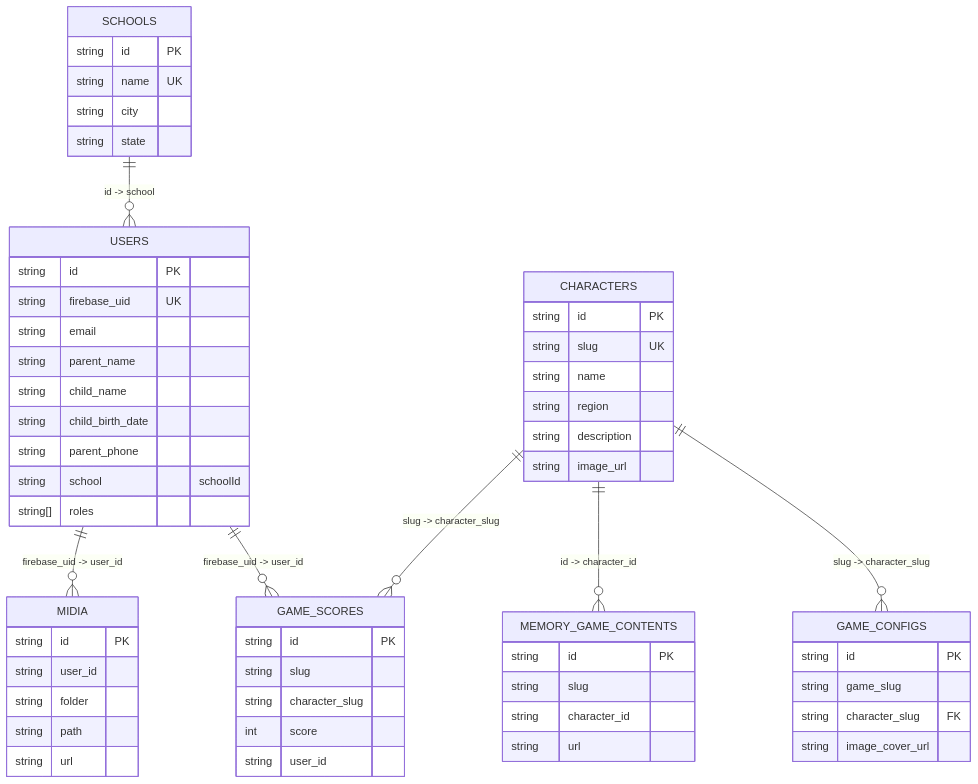
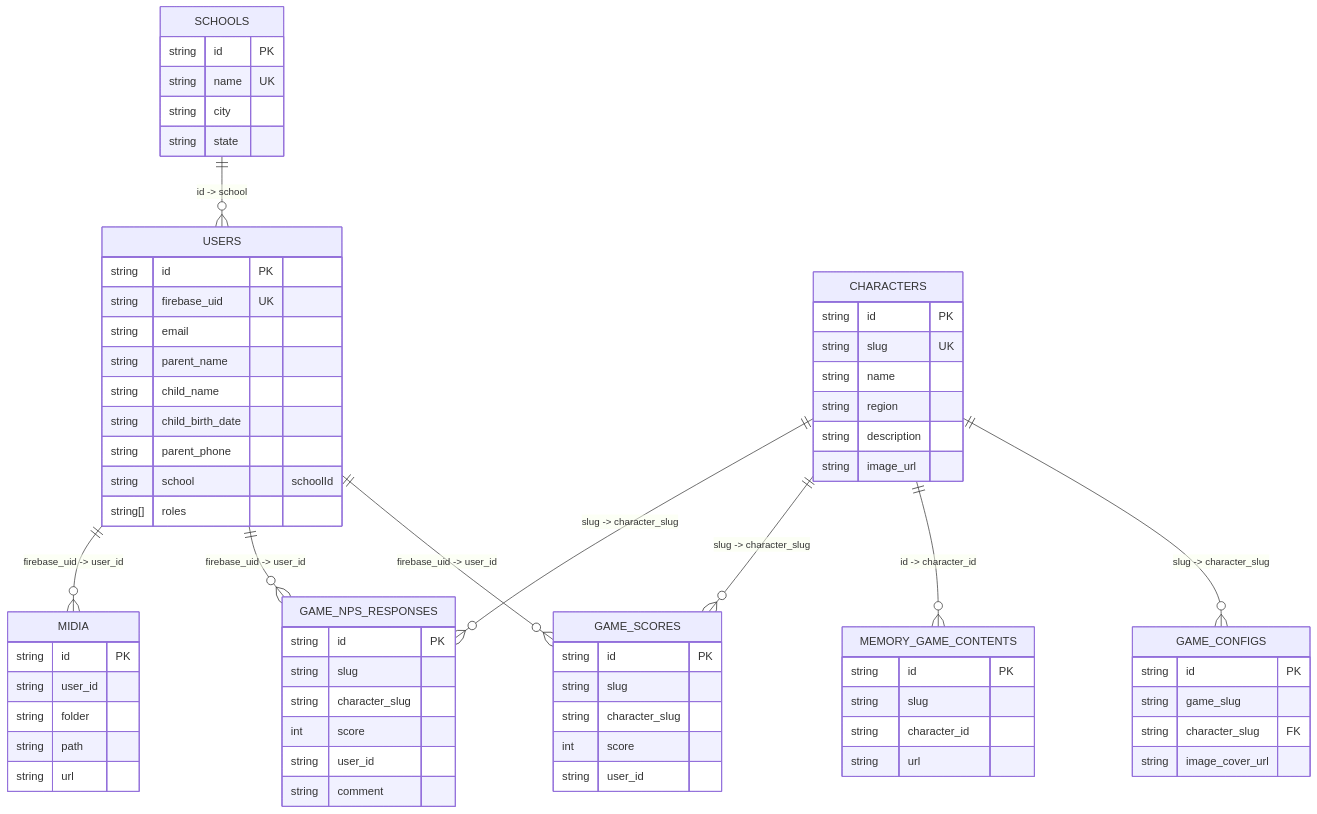
The diagram in docs-site/docs/data-model.md (joaojuniorbr/etnos), drawn with Mermaid before and after one commit. The commit also changed other lines of this file and 82 other files, not shown here.

````diff
--- a/docs-site/docs/data-model.md
+++ b/docs-site/docs/data-model.md
@@ -29,60 +30,70 @@
 ```mermaid
 erDiagram
     SCHOOLS ||--o{ USERS : "id -> school"
     CHARACTERS ||--o{ GAME_CONFIGS : "slug -> character_slug"
     CHARACTERS ||--o{ MEMORY_GAME_CONTENTS : "id -> character_id"
     CHARACTERS ||--o{ GAME_SCORES : "slug -> character_slug"
+    CHARACTERS ||--o{ GAME_NPS_RESPONSES : "slug -> character_slug"
     USERS ||--o{ GAME_SCORES : "firebase_uid -> user_id"
+    USERS ||--o{ GAME_NPS_RESPONSES : "firebase_uid -> user_id"
     USERS ||--o{ MIDIA : "firebase_uid -> user_id"
     USERS {
         string id PK
         string firebase_uid UK
         string email
         string parent_name
         string child_name
         string child_birth_date
         string parent_phone
         string school "schoolId"
         string[] roles
     }
     SCHOOLS {
         string id PK
         string name UK
         string city
         string state
     }
     CHARACTERS {
         string id PK
         string slug UK
         string name
         string region
         string description
         string image_url
     }
     GAME_CONFIGS {
         string id PK
         string game_slug
         string character_slug FK
         string image_cover_url
     }
     MEMORY_GAME_CONTENTS {
         string id PK
         string slug
         string character_id
         string url
     }
     GAME_SCORES {
         string id PK
         string slug
         string character_slug
         int score
         string user_id
     }
+    GAME_NPS_RESPONSES {
+        string id PK
+        string slug
+        string character_slug
+        int score
+        string user_id
+        string comment
+    }
     MIDIA {
         string id PK
         string user_id
         string folder
         string path
         string url
     }
 ```
````
